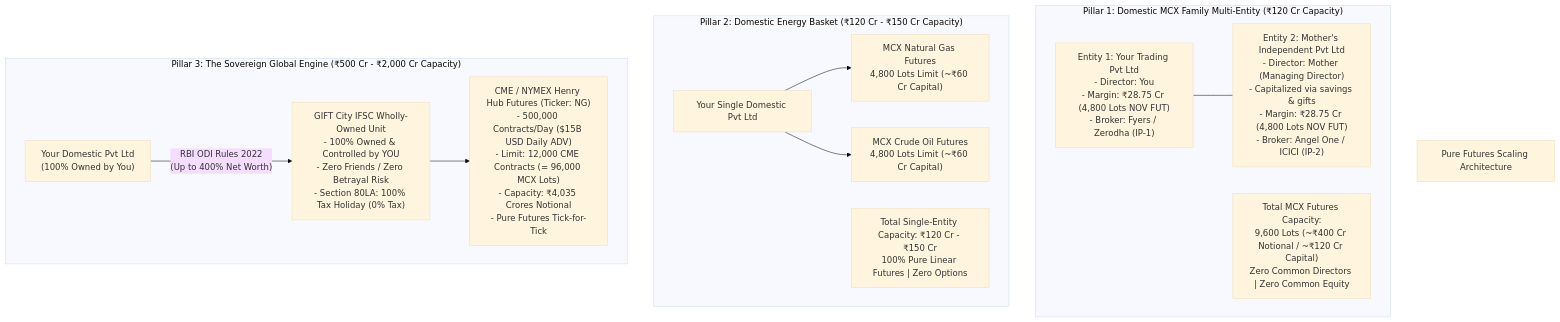
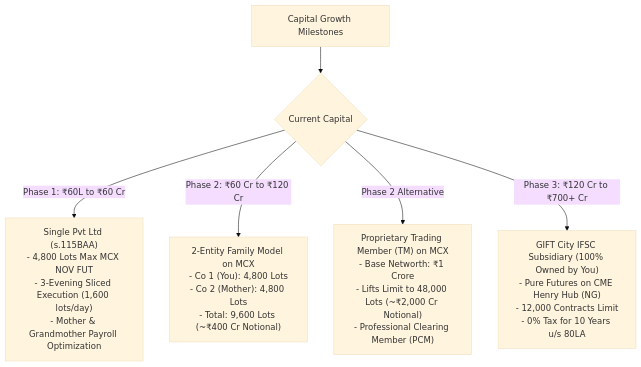
The tenth of 10 diagrams in models/execution_and_tax_validation_plan.md (yieldchaser/mcx-margins), drawn with Mermaid (base theme) before and after one commit. The commit also changed other lines of this file, not shown here.

Commit message:
docs(models): add visual charts, AIF vs Prop TM comparison, and 3-day execution schedule

````diff
--- a/models/execution_and_tax_validation_plan.md
+++ b/models/execution_and_tax_validation_plan.md
@@ -96,24 +218,12 @@
 ```mermaid
-flowchart TD
-    Desk["Pure Futures Scaling Architecture"]
+graph TD
+    A["Capital Growth Milestones"] --> B{"Current Capital"}
     
-    subgraph Pillar1["Pillar 1: Domestic MCX Family Multi-Entity (₹120 Cr Capacity)"]
-        E1["Entity 1: Your Trading Pvt Ltd\n- Director: You\n- Margin: ₹28.75 Cr (4,800 Lots NOV FUT)\n- Broker: Fyers / Zerodha (IP-1)"]
-        E2["Entity 2: Mother's Independent Pvt Ltd\n- Director: Mother (Managing Director)\n- Capitalized via savings & gifts\n- Margin: ₹28.75 Cr (4,800 Lots NOV FUT)\n- Broker: Angel One / ICICI (IP-2)"]
-        E1 --- E2
-        Note1["Total MCX Futures Capacity:\n9,600 Lots (~₹400 Cr Notional / ~₹120 Cr Capital)\nZero Common Directors | Zero Common Equity"]
-    end
+    B -->|"Phase 1: ₹60L to ₹60 Cr"| C["Single Pvt Ltd (s.115BAA)\n- 4,800 Lots Max MCX NOV FUT\n- 3-Evening Sliced Execution (1,600 lots/day)\n- Mother & Grandmother Payroll Optimization"]
     
-    subgraph Pillar2["Pillar 2: Domestic Energy Basket (₹120 Cr - ₹150 Cr Capacity)"]
-        SingleCo["Your Single Domestic Pvt Ltd"]
-        SingleCo --> NG["MCX Natural Gas Futures\n4,800 Lots Limit (~₹60 Cr Capital)"]
-        SingleCo --> CL["MCX Crude Oil Futures\n4,800 Lots Limit (~₹60 Cr Capital)"]
-        Note2["Total Single-Entity Capacity: ₹120 Cr - ₹150 Cr\n100% Pure Linear Futures | Zero Options"]
-    end
+    B -->|"Phase 2: ₹60 Cr to ₹120 Cr"| D["2-Entity Family Model on MCX\n- Co 1 (You): 4,800 Lots\n- Co 2 (Mother): 4,800 Lots\n- Total: 9,600 Lots (~₹400 Cr Notional)"]
     
-    subgraph Pillar3["Pillar 3: The Sovereign Global Engine (₹500 Cr - ₹2,000 Cr Capacity)"]
-        HoldCo["Your Domestic Pvt Ltd\n(100% Owned by You)"]
-        HoldCo -->|"RBI ODI Rules 2022\n(Up to 400% Net Worth)"| GIFT["GIFT City IFSC Wholly-Owned Unit\n- 100% Owned & Controlled by YOU\n- Zero Friends / Zero Betrayal Risk\n- Section 80LA: 100% Tax Holiday (0% Tax)"]
-        GIFT --> CME["CME / NYMEX Henry Hub Futures (Ticker: NG)\n- 500,000 Contracts/Day ($15B USD Daily ADV)\n- Limit: 12,000 CME Contracts (= 96,000 MCX Lots)\n- Capacity: ₹4,035 Crores Notional\n- Pure Futures Tick-for-Tick"]
-    end
+    B -->|"Phase 2 Alternative"| E["Proprietary Trading Member (TM) on MCX\n- Base Networth: ₹1 Crore\n- Lifts Limit to 48,000 Lots (~₹2,000 Cr Notional)\n- Professional Clearing Member (PCM)"]
+    
+    B -->|"Phase 3: ₹120 Cr to ₹700+ Cr"| F["GIFT City IFSC Subsidiary (100% Owned by You)\n- Pure Futures on CME Henry Hub (NG)\n- 12,000 Contracts Limit\n- 0% Tax for 10 Years u/s 80LA"]
 ```
````
